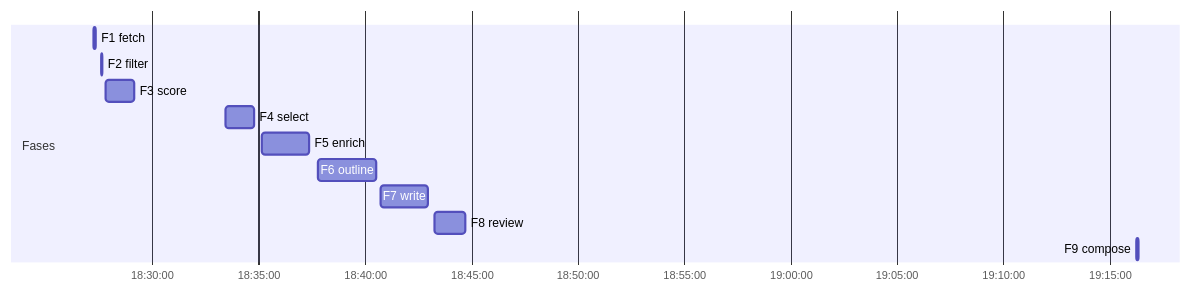
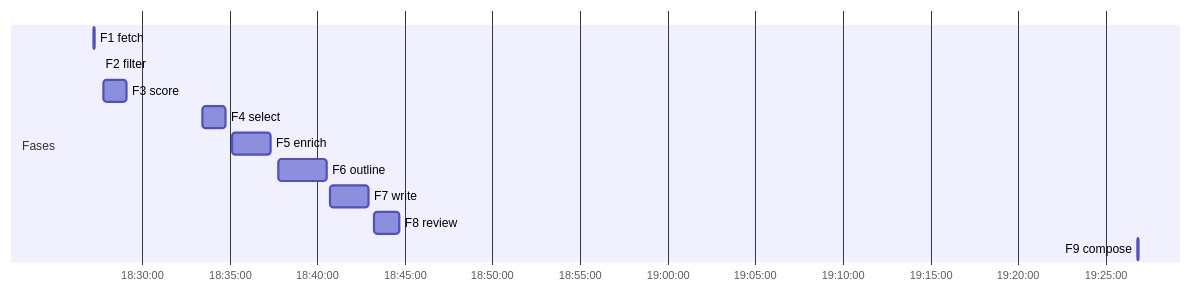
One commit to Paumen/Zonzijde changed the third of 3 diagrams in editions/2026-07-29/report.md. Above: the diagram before and after it, drawn with Mermaid. The commit also changed other lines of this file and 6 other files, not shown here.

````diff
--- a/editions/2026-07-29/report.md
+++ b/editions/2026-07-29/report.md
@@ -113,15 +113,15 @@
 ```mermaid
 gantt
     dateFormat YYYY-MM-DD HH:mm:ss
     axisFormat %H:%M:%S
     section Fases
     F1 fetch :2026-07-28 18:27:14, 5s
     F2 filter :2026-07-28 18:27:37, 1s
     F3 score :2026-07-28 18:27:49, 79s
     F4 select :2026-07-28 18:33:27, 79s
     F5 enrich :2026-07-28 18:35:08, 134s
     F6 outline :2026-07-28 18:37:48, 164s
     F7 write :2026-07-28 18:40:45, 132s
     F8 review :2026-07-28 18:43:15, 88s
-    F9 compose :2026-07-28 19:16:17, 5s
+    F9 compose :2026-07-28 19:26:51, 3s
 ```
````
